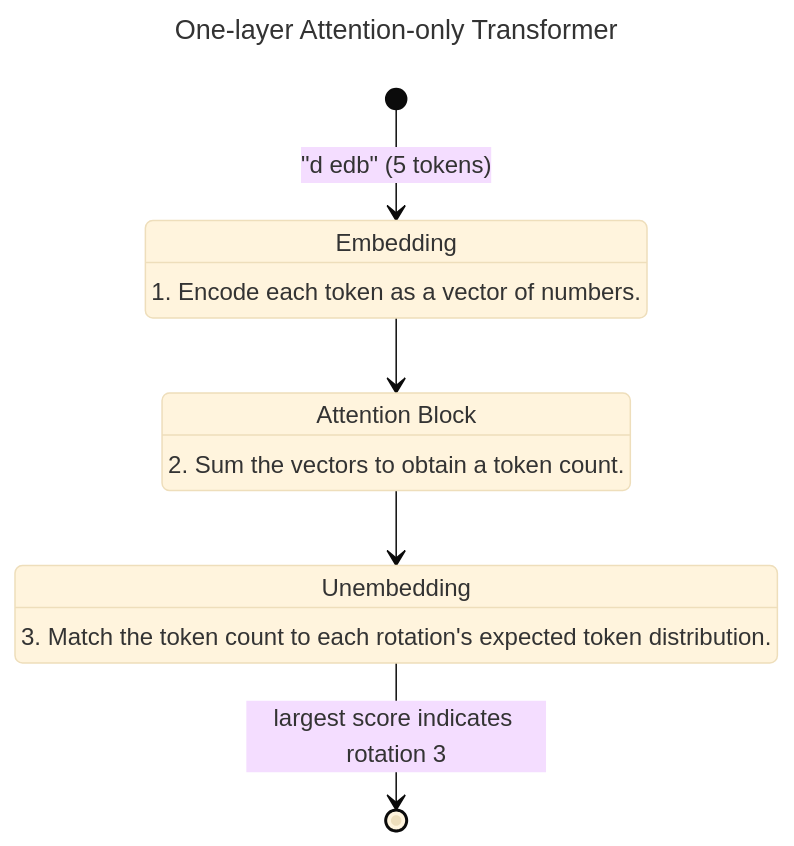
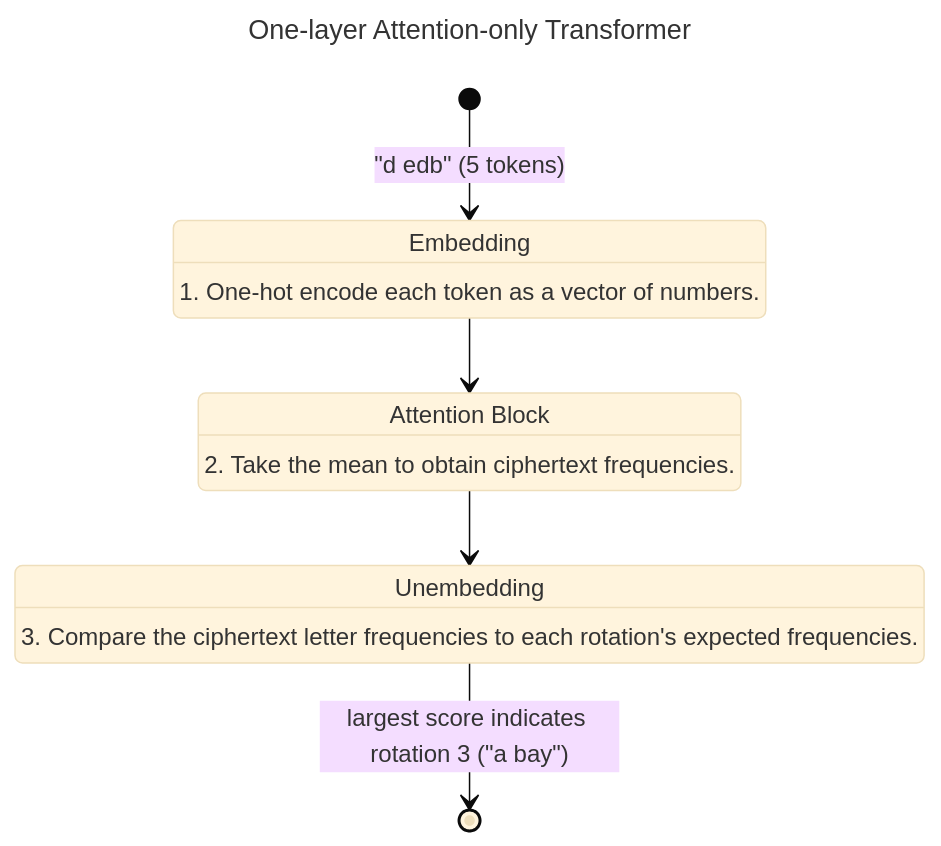
The diagram in src/ch1/transformer.md (danwilhelm/llmsbook), drawn with Mermaid (base theme) before and after one commit. The commit also changed other lines of this file and 16 other files, not shown here.

````diff
--- a/src/ch1/transformer.md
+++ b/src/ch1/transformer.md
@@ -13,17 +5,17 @@
 ```mermaid
 ---
 title: One-layer Attention-only Transformer
 ---
 stateDiagram-v2
     Embedding: Embedding
-    Embedding: 1. Encode each token as a vector of numbers.
+    Embedding: 1. One-hot encode each token as a vector of numbers.
     Attention: Attention Block
-    Attention: 2. Sum the vectors to obtain a token count.
+    Attention: 2. Take the mean to obtain ciphertext frequencies.
     Unembedding: Unembedding
-    Unembedding: 3. Match the token count to each rotation's expected token distribution.
+    Unembedding: 3. Compare the ciphertext letter frequencies to each rotation's expected frequencies.
 
     [*] --> Embedding: "d edb" (5 tokens)
     Embedding --> Attention
     Attention --> Unembedding
-    Unembedding --> [*]: largest score indicates rotation 3
+    Unembedding --> [*]: largest score indicates rotation 3 ("a bay")
 ```
````
